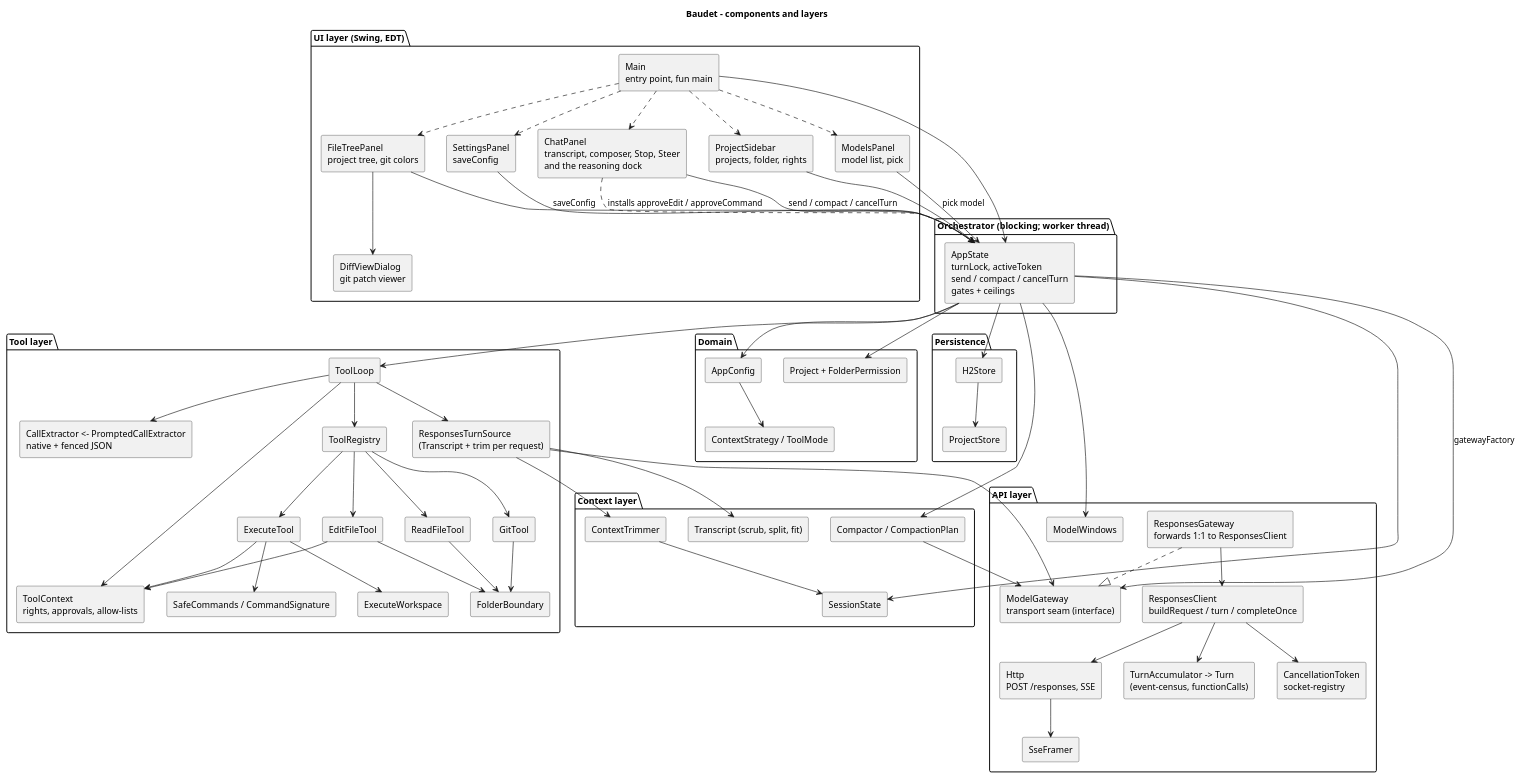
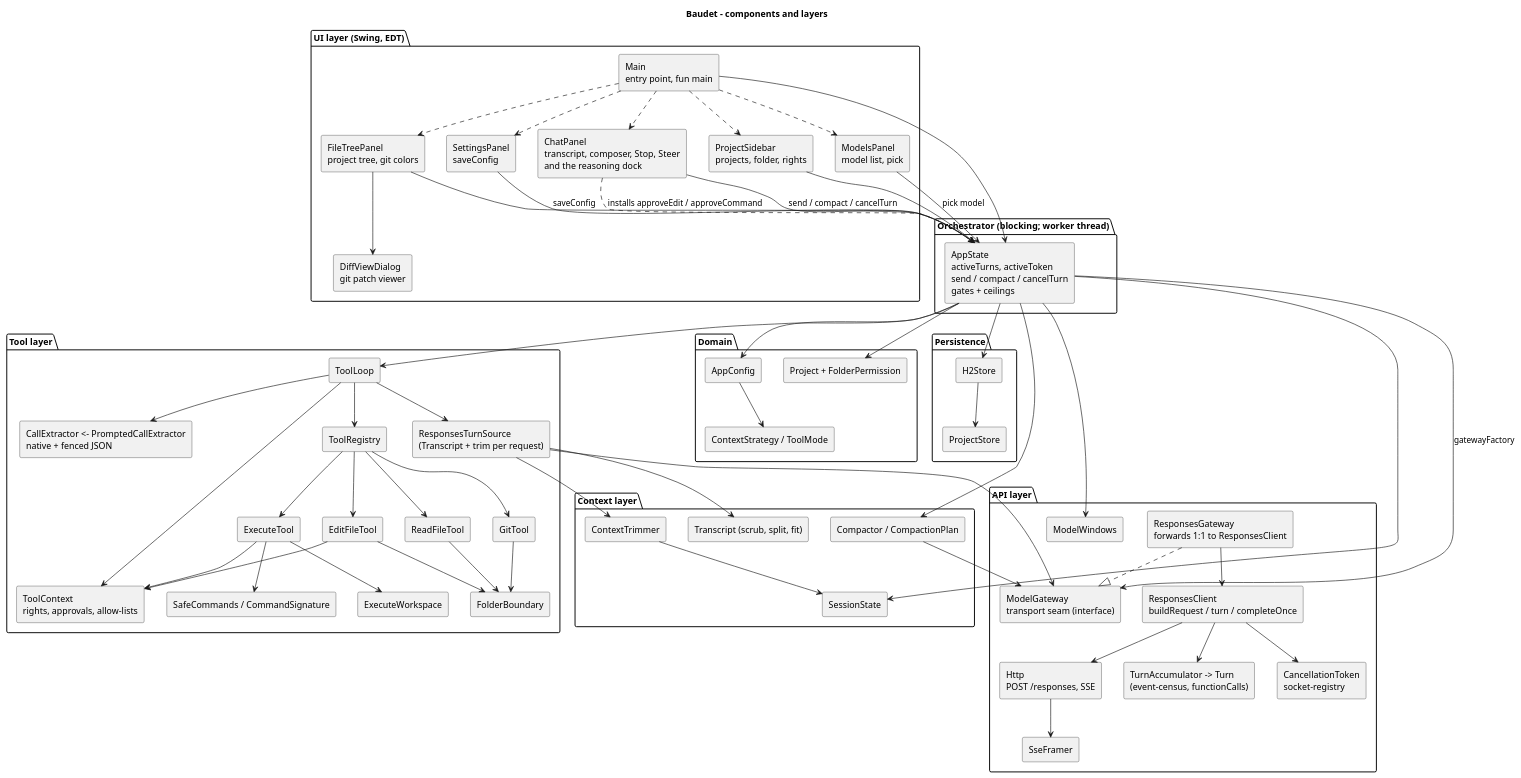
Before and after one commit to jbrugman/Baudet: the diagram in Docs/components.puml, drawn with PlantUML. The commit also changed 2 other files, not shown here.

Commit message:
docs: sync PlantUML with activeTurns and CompactionOutcome
turnLock became activeTurns with tryClaimTurn/releaseTurn (turnCapacity). Compaction now returns the CompactionOutcome sum type instead of a raw summary or null. All five diagrams pass plantuml -checkonly.

```diff
--- a/Docs/components.puml
+++ b/Docs/components.puml
@@ -1,115 +1,115 @@
 @startuml components
 skinparam componentStyle rectangle
 title Baudet - components and layers
 
 package "UI layer (Swing, EDT)" {
   component "Main\nentry point, fun main" as MAIN
   component "ChatPanel\ntranscript, composer, Stop, Steer\nand the reasoning dock" as CHAT
   component "ProjectSidebar\nprojects, folder, rights" as PROJ
   component "FileTreePanel\nproject tree, git colors" as TREE
   component "ModelsPanel\nmodel list, pick" as MODELS
   component "SettingsPanel\nsaveConfig" as SET
   component "DiffViewDialog\ngit patch viewer" as DIFF
 }
 
 package "Orchestrator (blocking; worker thread)" {
-  component "AppState\nturnLock, activeToken\nsend / compact / cancelTurn\ngates + ceilings" as STATE
+  component "AppState\nactiveTurns, activeToken\nsend / compact / cancelTurn\ngates + ceilings" as STATE
 }
 
 package "API layer" {
   component "ResponsesClient\nbuildRequest / turn / completeOnce" as RC
   component "ModelGateway\ntransport seam (interface)" as GW
   component "ResponsesGateway\nforwards 1:1 to ResponsesClient" as GWI
   component "Http\nPOST /responses, SSE" as HTTP
   component "SseFramer" as FR
   component "TurnAccumulator -> Turn\n(event-census, functionCalls)" as ACC
   component "CancellationToken\nsocket-registry" as TOK
   component "ModelWindows" as MW
 }
 
 package "Tool layer" {
   component "ToolLoop" as TL
   component "ResponsesTurnSource\n(Transcript + trim per request)" as SRC
   component "ToolRegistry" as REG
   component "CallExtractor <- PromptedCallExtractor\nnative + fenced JSON" as EXT
   component "ToolContext\nrights, approvals, allow-lists" as CTX
   component "FolderBoundary" as FB
   component "SafeCommands / CommandSignature" as SAFE
   component "ExecuteWorkspace" as WS
   component "ReadFileTool" as T1
   component "EditFileTool" as T2
   component "ExecuteTool" as T3
   component "GitTool" as T4
 }
 
 package "Context layer" {
   component "SessionState" as SS
   component "ContextTrimmer" as TRIM
   component "Transcript (scrub, split, fit)" as TR
   component "Compactor / CompactionPlan" as COMP
 }
 
 package "Domain" {
   component "AppConfig" as CFG
   component "Project + FolderPermission" as PRJ
   component "ContextStrategy / ToolMode" as STRAT
 }
 
 package "Persistence" {
   component "H2Store" as H2
   component "ProjectStore" as PST
 }
 
 MAIN --> STATE
 MAIN ..> CHAT
 MAIN ..> PROJ
 MAIN ..> TREE
 MAIN ..> MODELS
 MAIN ..> SET
 CHAT --> STATE : send / compact / cancelTurn
 CHAT ..> STATE : installs approveEdit / approveCommand
 PROJ --> STATE
 TREE --> STATE
 MODELS --> STATE : pick model
 SET --> STATE : saveConfig
 TREE --> DIFF
 
 STATE --> GW : gatewayFactory
 GWI ..|> GW
 GWI --> RC
 STATE --> TL
 STATE --> COMP
 STATE --> SS
 STATE --> H2
 STATE --> MW
 
 RC --> HTTP
 HTTP --> FR
 RC --> ACC
 RC --> TOK
 TL --> SRC
 SRC --> GW
 TL --> REG
 TL --> EXT
 TL --> CTX
 REG --> T1
 REG --> T2
 REG --> T3
 REG --> T4
 T1 --> FB
 T2 --> FB
 T2 --> CTX
 T3 --> SAFE
 T3 --> WS
 T3 --> CTX
 T4 --> FB
 SRC --> TR
 SRC --> TRIM
 COMP --> GW
 TRIM --> SS
 H2 --> PST
 STATE --> CFG
 STATE --> PRJ
 CFG --> STRAT
 
 @enduml
```
